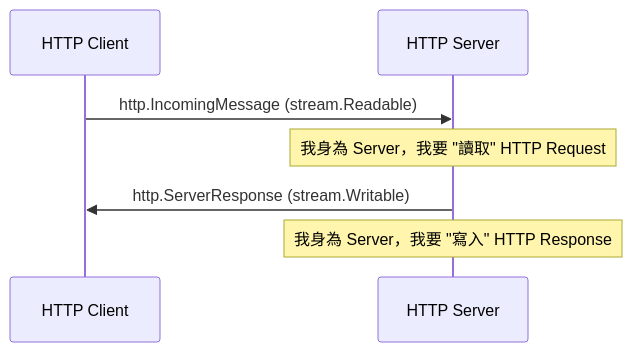
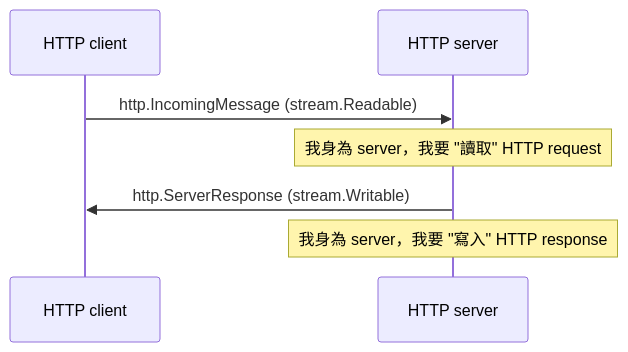
The first of 5 diagrams in docs/nodejs/stream-overview.md (samuel871211/yusheng-tech-blog), drawn with Mermaid before and after one commit. The commit also changed other lines of this file and 1 other file, not shown here.

Commit message:
stream-overview ok

````diff
--- a/docs/nodejs/stream-overview.md
+++ b/docs/nodejs/stream-overview.md
@@ -19,11 +19,11 @@
 ```mermaid
 sequenceDiagram
-  participant HTTP Client
-  participant HTTP Server
+  participant c as HTTP client
+  participant s as HTTP server
 
-  HTTP Client ->> HTTP Server: http.IncomingMessage (stream.Readable)
-  Note over HTTP Server: 我身為 Server，我要 "讀取" HTTP Request
+  c ->> s: http.IncomingMessage (stream.Readable)
+  Note over s: 我身為 server，我要 "讀取" HTTP request
 
-  HTTP Server ->> HTTP Client: http.ServerResponse (stream.Writable)
-  Note over HTTP Server: 我身為 Server，我要 "寫入" HTTP Response
+  s ->> c: http.ServerResponse (stream.Writable)
+  Note over s: 我身為 server，我要 "寫入" HTTP response
 ```
````
